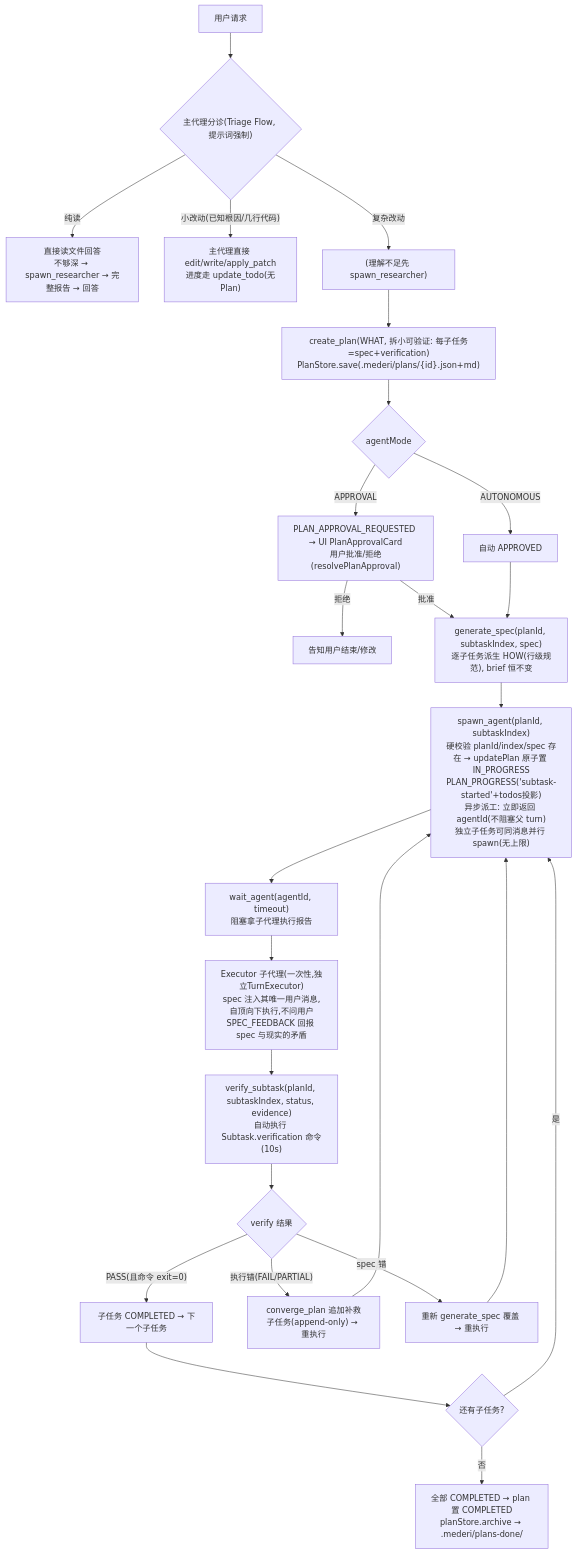
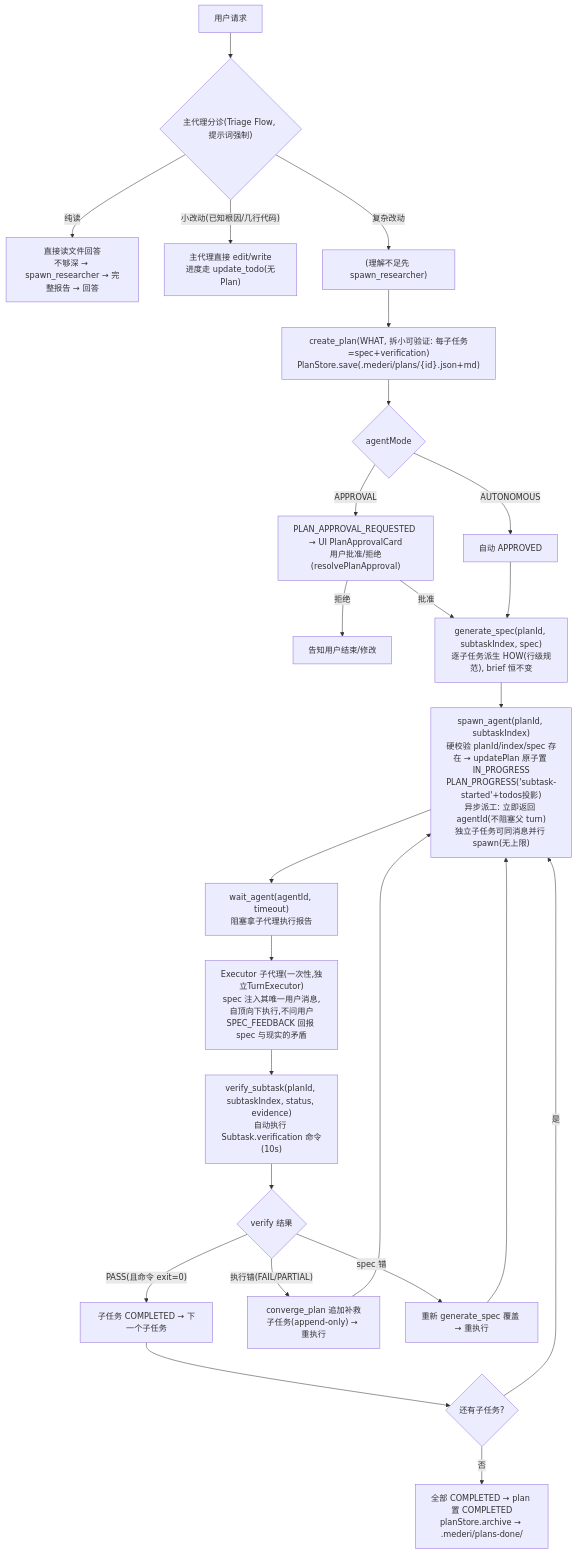
The fourth of 16 diagrams in mederi/docs/architecture/04-flows.md (lzdev42/mederi), drawn with Mermaid before and after one commit. The commit also changed other lines of this file and 58 other files, not shown here.

````diff
--- a/mederi/docs/architecture/04-flows.md
+++ b/mederi/docs/architecture/04-flows.md
@@ -121,26 +123,26 @@
 ```mermaid
 flowchart TD
     U["用户请求"] --> T{"主代理分诊(Triage Flow, 提示词强制)"}
     T -- "纯读" --> R1["直接读文件回答<br/>不够深 → spawn_researcher → 完整报告 → 回答"]
-    T -- "小改动(已知根因/几行代码)" --> R2["主代理直接 edit/write/apply_patch<br/>进度走 update_todo(无Plan)"]
+    T -- "小改动(已知根因/几行代码)" --> R2["主代理直接 edit/write<br/>进度走 update_todo(无Plan)"]
     T -- "复杂改动" --> RES["(理解不足先 spawn_researcher)"]
     RES --> CP["create_plan(WHAT, 拆小可验证: 每子任务=spec+verification)<br/>PlanStore.save(.mederi/plans/{id}.json+md)"]
     CP --> MODE{"agentMode"}
     MODE -- "AUTONOMOUS" --> AUTO["自动 APPROVED"]
     MODE -- "APPROVAL" --> WAIT["PLAN_APPROVAL_REQUESTED → UI PlanApprovalCard<br/>用户批准/拒绝(resolvePlanApproval)"]
     WAIT -- "拒绝" --> REJ["告知用户结束/修改"]
     WAIT -- "批准" --> GEN
     AUTO --> GEN["generate_spec(planId, subtaskIndex, spec)<br/>逐子任务派生 HOW(行级规范), brief 恒不变"]
     GEN --> SPAWN["spawn_agent(planId, subtaskIndex)<br/>硬校验 planId/index/spec 存在 → updatePlan 原子置 IN_PROGRESS<br/>PLAN_PROGRESS('subtask-started'+todos投影)<br/>异步派工: 立即返回 agentId(不阻塞父 turn)<br/>独立子任务可同消息并行 spawn(无上限)"]
     SPAWN --> WAITAG["wait_agent(agentId, timeout)<br/>阻塞拿子代理执行报告"]
     WAITAG --> SUB["Executor 子代理(一次性,独立TurnExecutor)<br/>spec 注入其唯一用户消息,自顶向下执行,不问用户<br/>SPEC_FEEDBACK 回报 spec 与现实的矛盾"]
     SUB --> VER["verify_subtask(planId, subtaskIndex, status, evidence)<br/>自动执行 Subtask.verification 命令(10s)"]
     VER --> CHK{"verify 结果"}
     CHK -- "PASS(且命令 exit=0)" --> NEXT["子任务 COMPLETED → 下一个子任务"]
     CHK -- "执行错(FAIL/PARTIAL)" --> CONV["converge_plan 追加补救子任务(append-only) → 重执行"]
     CHK -- "spec 错" --> REGEN["重新 generate_spec 覆盖 → 重执行"]
     NEXT --> MORE{"还有子任务?"}
     MORE -- "是" --> SPAWN
     MORE -- "否" --> ARCH["全部 COMPLETED → plan 置 COMPLETED<br/>planStore.archive → .mederi/plans-done/"]
     CONV & REGEN --> SPAWN
 ```
````
